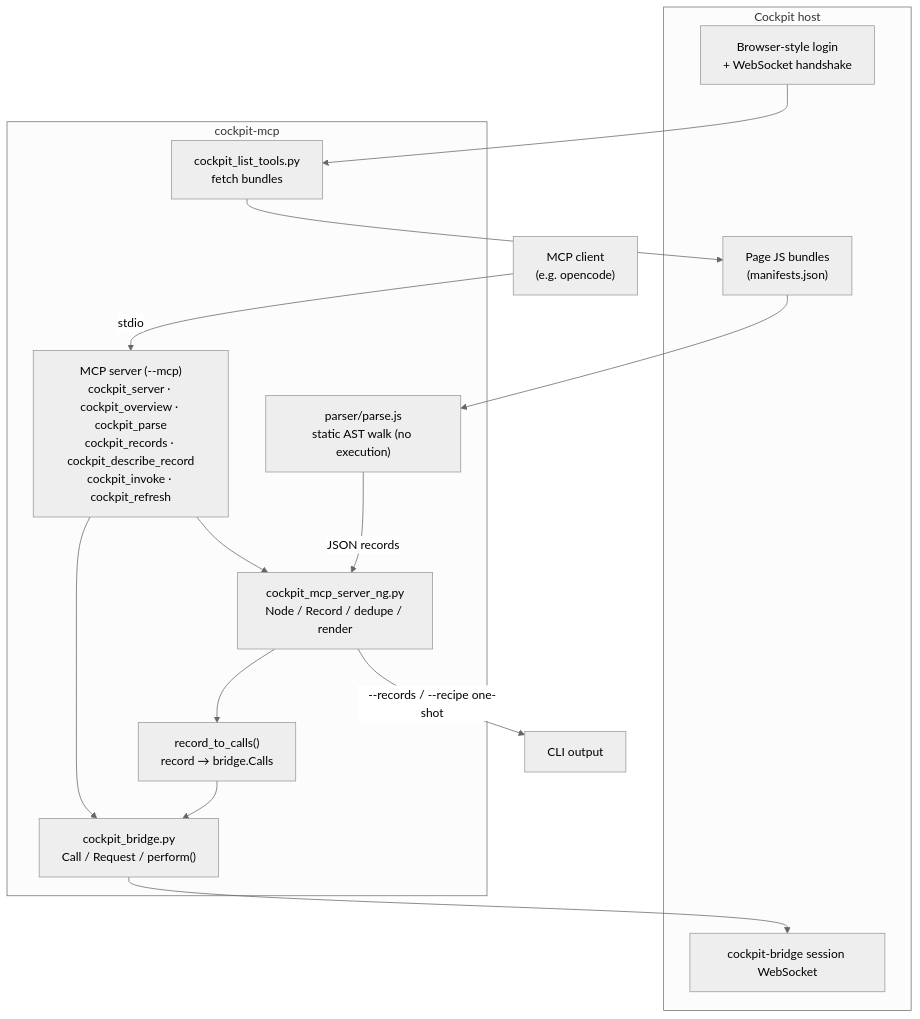
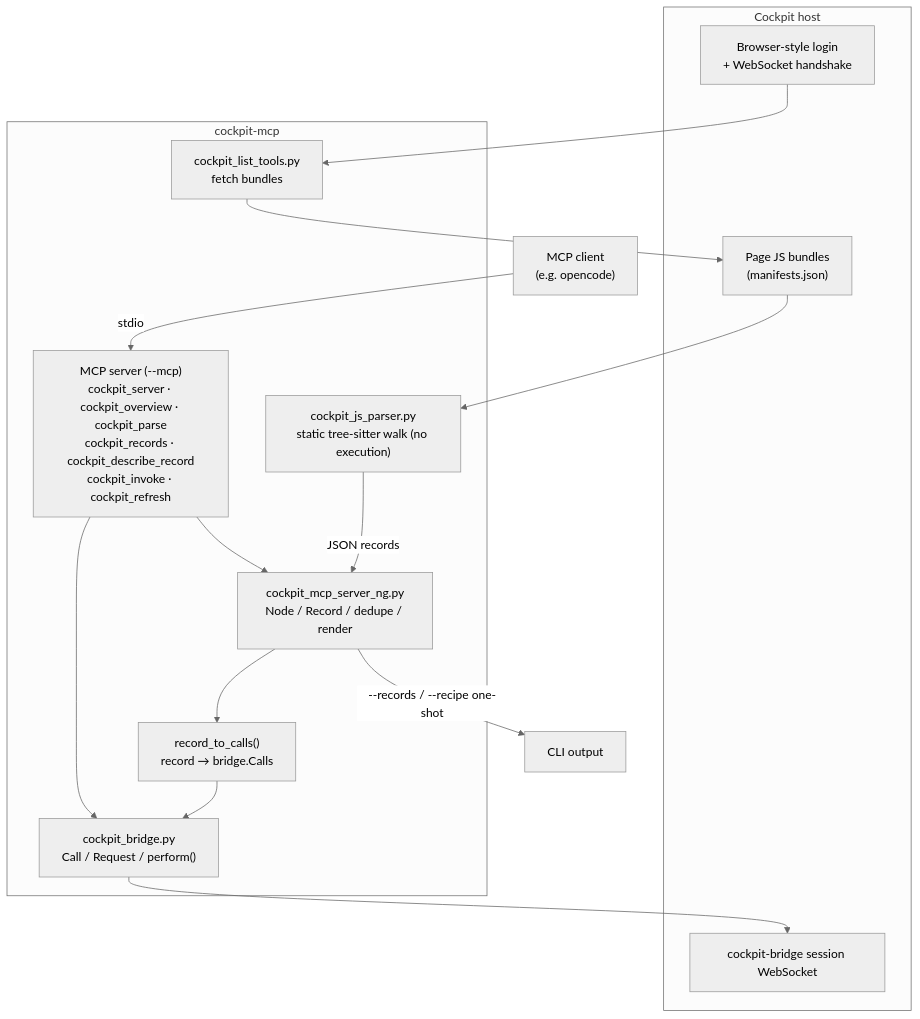
Before and after one commit to mslacken/cockpit-mcp: the diagram in README.md, drawn with Mermaid (neutral theme). The commit also changed other lines of this file and 215 other files, not shown here.

Commit message:
use python-tree-sitter

````diff
--- a/README.md
+++ b/README.md
@@ -36,31 +36,31 @@
 ```mermaid
 flowchart TD
     subgraph Host["Cockpit host"]
         BROWSER["Browser-style login<br/>+ WebSocket handshake"]
         BUNDLES["Page JS bundles<br/>(manifests.json)"]
         BRIDGE_WS["cockpit-bridge session WebSocket"]
     end
 
     subgraph Server["cockpit-mcp"]
         FETCH["cockpit_list_tools.py<br/>fetch bundles"]
-        PARSE["parser/parse.js<br/>static AST walk (no execution)"]
+        PARSE["cockpit_js_parser.py<br/>static tree-sitter walk (no execution)"]
         MODEL["cockpit_mcp_server_ng.py<br/>Node / Record / dedupe / render"]
         TO_CALLS["record_to_calls()<br/>record → bridge.Calls"]
         PERFORM["cockpit_bridge.py<br/>Call / Request / perform()"]
         MCP["MCP server (--mcp)<br/>cockpit_server · cockpit_overview · cockpit_parse<br/>cockpit_records · cockpit_describe_record<br/>cockpit_invoke · cockpit_refresh"]
     end
 
     CLIENT["MCP client<br/>(e.g. opencode)"]
 
     BROWSER --> FETCH
     FETCH --> BUNDLES
     BUNDLES --> PARSE
     PARSE -->|"JSON records"| MODEL
     MODEL -->|"--records / --recipe one-shot"| CLI_OUT["CLI output"]
     MODEL --> TO_CALLS
     TO_CALLS --> PERFORM
     PERFORM --> BRIDGE_WS
     CLIENT -->|"stdio"| MCP
     MCP --> MODEL
     MCP --> PERFORM
 ```
````
